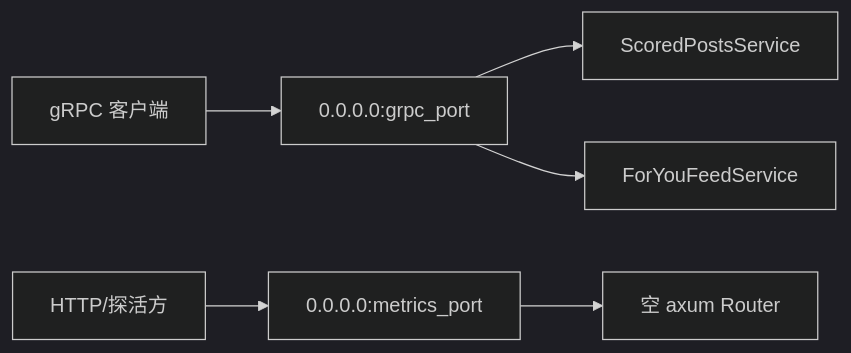
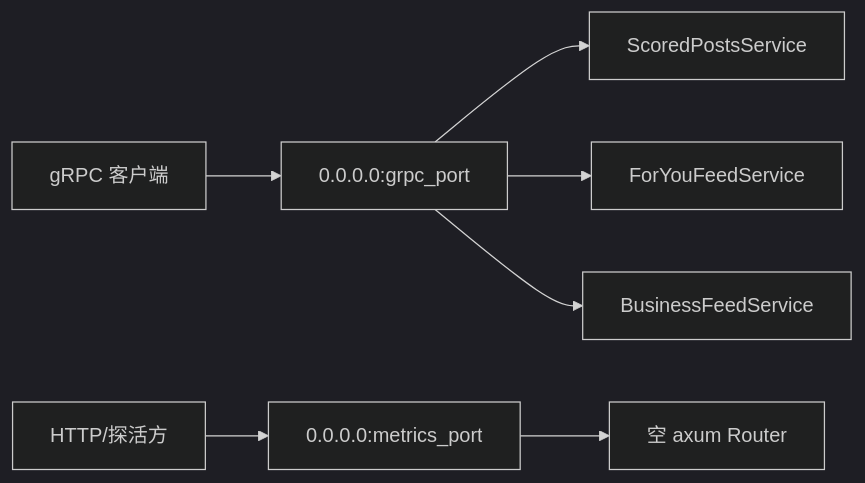
The second of 3 diagrams in docs/home-mixer/07-config-and-params.md (freefcw/x-algorithm), drawn with Mermaid (dark theme) before and after one commit. The commit also changed other lines of this file and 5 other files, not shown here.

Commit message:
docs(home-mixer): 补齐 BusinessFeedService 服务面并修正装配描述

````diff
--- a/docs/home-mixer/07-config-and-params.md
+++ b/docs/home-mixer/07-config-and-params.md
@@ -138,9 +141,10 @@
 ```mermaid
 flowchart LR
     Client1["gRPC 客户端"] --> G["0.0.0.0:grpc_port"]
     Client2["HTTP/探活方"] --> H["0.0.0.0:metrics_port"]
 
     G --> S["ScoredPostsService"]
     G --> F["ForYouFeedService"]
+    G --> B["BusinessFeedService"]
     H --> R["空 axum Router"]
 ```
````
